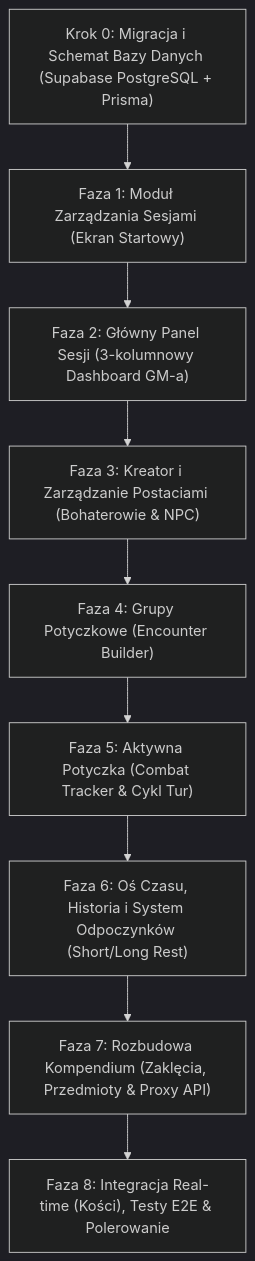
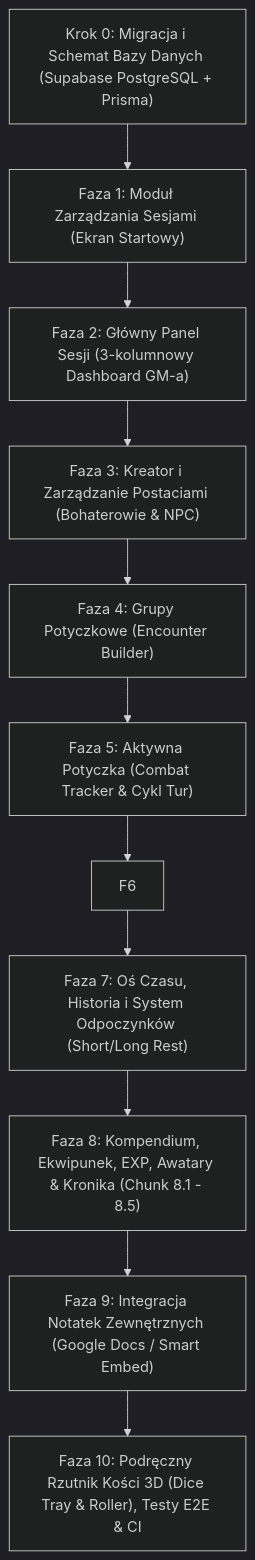
One commit to LukaszKosobucki/table-ops changed the diagram in PLAN.md. Above: the diagram before and after it, drawn with Mermaid (dark theme). The commit also changed other lines of this file and 53 other files, not shown here.

````diff
--- a/PLAN.md
+++ b/PLAN.md
@@ -30,21 +30,24 @@
 ```mermaid
 flowchart TD
     K0["Krok 0: Migracja i Schemat Bazy Danych (Supabase PostgreSQL + Prisma)"]
     F1["Faza 1: Moduł Zarządzania Sesjami (Ekran Startowy)"]
     F2["Faza 2: Główny Panel Sesji (3-kolumnowy Dashboard GM-a)"]
     F3["Faza 3: Kreator i Zarządzanie Postaciami (Bohaterowie & NPC)"]
     F4["Faza 4: Grupy Potyczkowe (Encounter Builder)"]
     F5["Faza 5: Aktywna Potyczka (Combat Tracker & Cykl Tur)"]
-    F6["Faza 6: Oś Czasu, Historia i System Odpoczynków (Short/Long Rest)"]
-    F7["Faza 7: Rozbudowa Kompendium (Zaklęcia, Przedmioty & Proxy API)"]
-    F8["Faza 8: Integracja Real-time (Kości), Testy E2E & Polerowanie"]
+    F7["Faza 7: Oś Czasu, Historia i System Odpoczynków (Short/Long Rest)"]
+    F8["Faza 8: Kompendium, Ekwipunek, EXP, Awatary & Kronika (Chunk 8.1 - 8.5)"]
+    F9["Faza 9: Integracja Notatek Zewnętrznych (Google Docs / Smart Embed)"]
+    F10["Faza 10: Podręczny Rzutnik Kości 3D (Dice Tray & Roller), Testy E2E & CI"]
 
     K0 --> F1
     F1 --> F2
     F2 --> F3
     F3 --> F4
     F4 --> F5
     F5 --> F6
     F6 --> F7
     F7 --> F8
+    F8 --> F9
+    F9 --> F10
 ```
````
